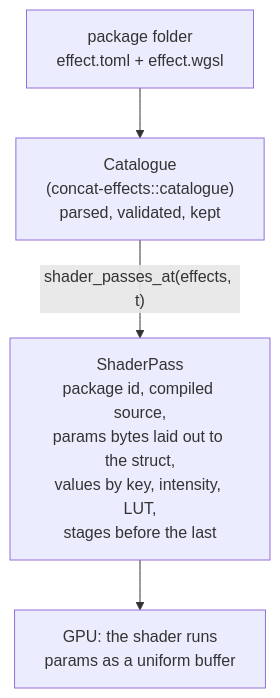
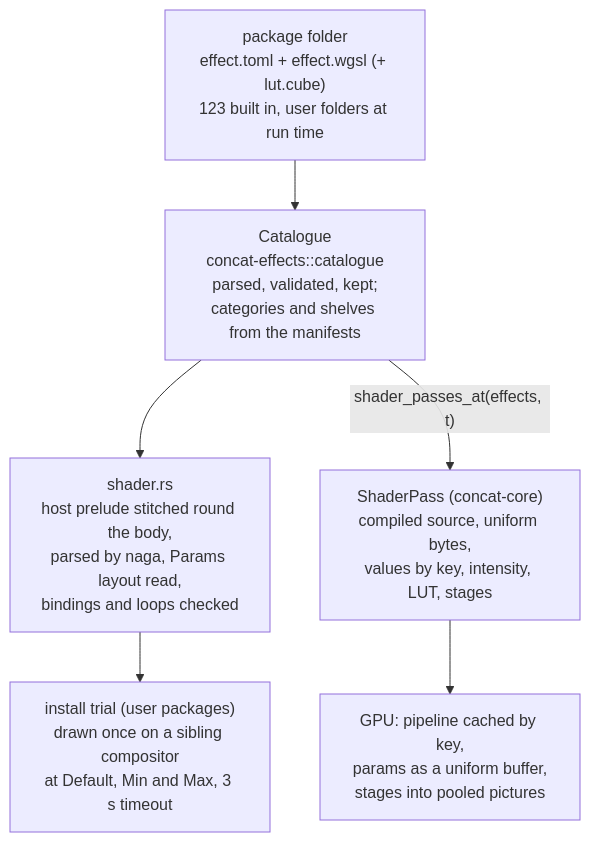
Before and after one commit to jub0t/Concat: the fourth of 12 diagrams in ARCHITECTURE.md, drawn with Mermaid. The commit also changed other lines of this file, not shown here.

````diff
--- a/ARCHITECTURE.md
+++ b/ARCHITECTURE.md
@@ -162,11 +208,12 @@
 ```mermaid
 flowchart TD
-    pkg["package folder<br/>effect.toml + effect.wgsl"]
-    cat["Catalogue<br/>(concat-effects::catalogue)<br/>parsed, validated, kept"]
-    pass["ShaderPass<br/>package id, compiled source,<br/>params bytes laid out to the struct,<br/>values by key, intensity, LUT,<br/>stages before the last"]
-    gpu["GPU: the shader runs<br/>params as a uniform buffer"]
+    pkg["package folder<br/>effect.toml + effect.wgsl (+ lut.cube)<br/>123 built in, user folders at run time"]
+    cat["Catalogue<br/>concat-effects::catalogue<br/>parsed, validated, kept;<br/>categories and shelves from the manifests"]
+    stitch["shader.rs<br/>host prelude stitched round the body,<br/>parsed by naga, Params layout read,<br/>bindings and loops checked"]
+    trial["install trial (user packages)<br/>drawn once on a sibling compositor<br/>at Default, Min and Max, 3 s timeout"]
+    pass["ShaderPass (concat-core)<br/>compiled source, uniform bytes,<br/>values by key, intensity, LUT, stages"]
+    gpu["GPU: pipeline cached by key,<br/>params as a uniform buffer,<br/>stages into pooled pictures"]
 
-    pkg --> cat
-    cat -- "shader_passes_at(effects, t)" --> pass
-    pass --> gpu
+    pkg --> cat --> stitch --> trial
+    cat -- "shader_passes_at(effects, t)" --> pass --> gpu
 ```
````
